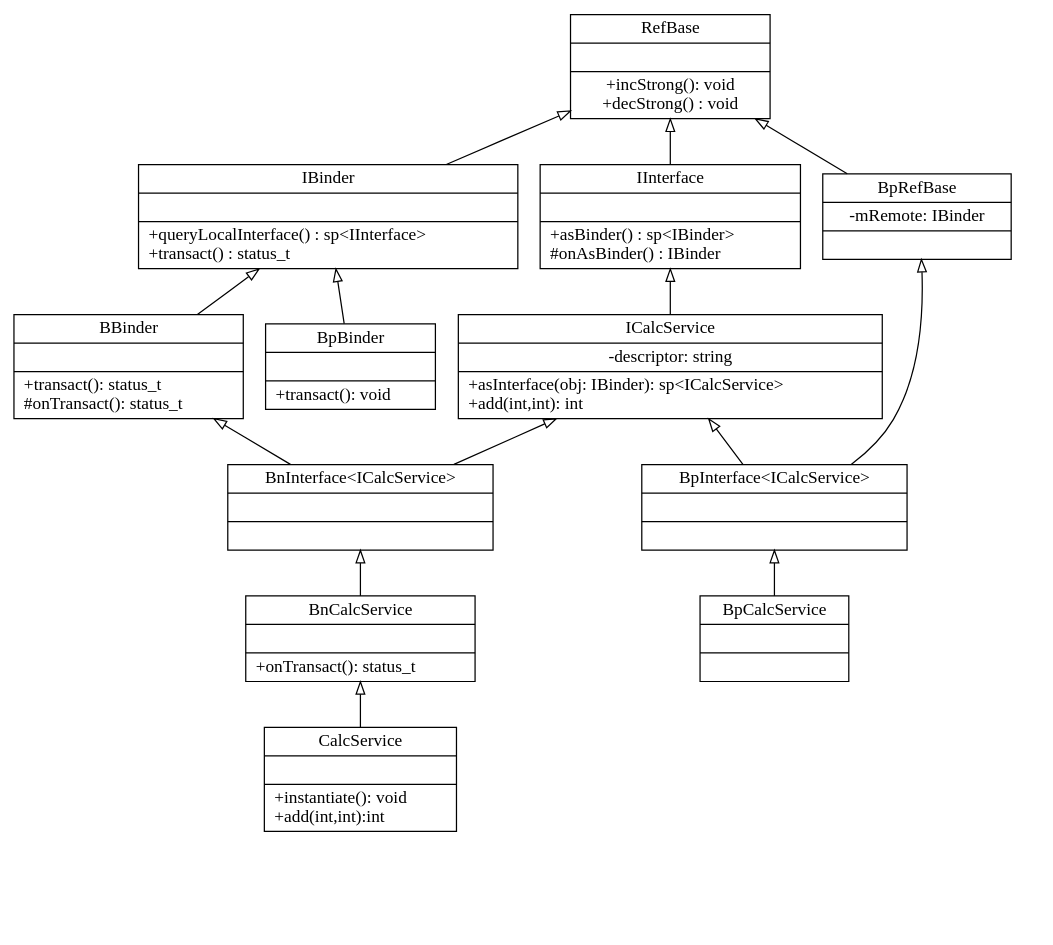
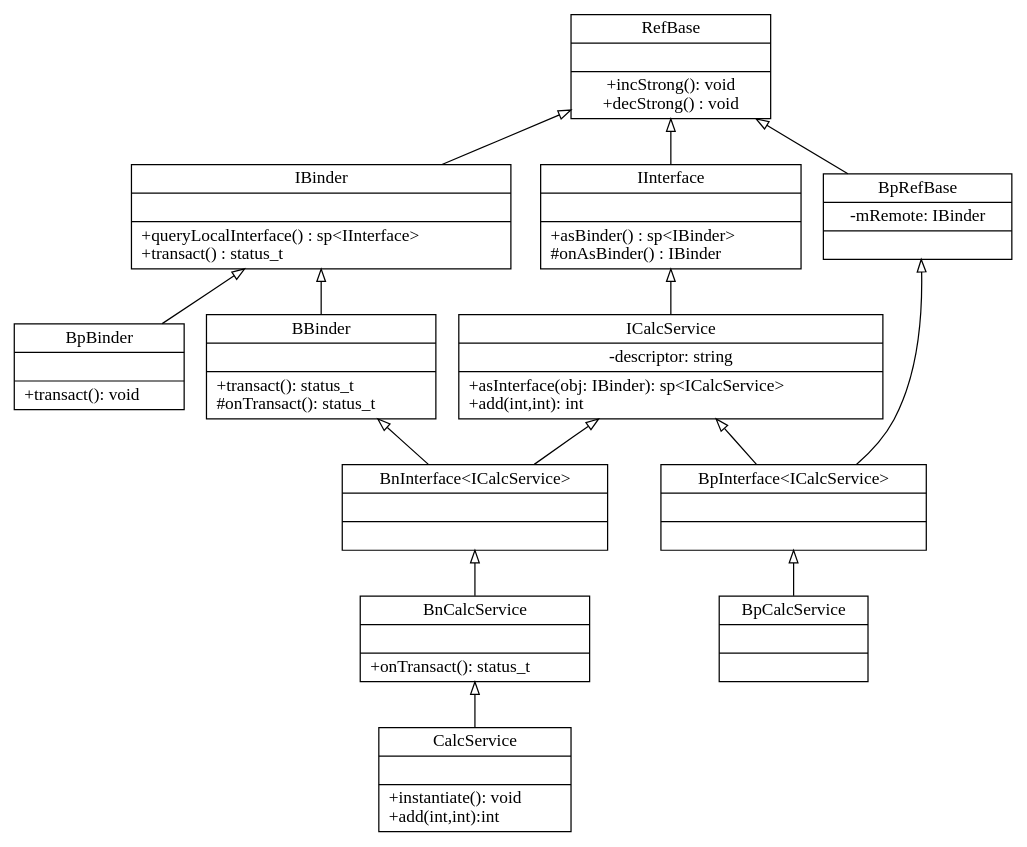
Before and after one commit to greatgauss/graphviz_script: the diagram in CalcService.dot, drawn with Graphviz.

Commit message:
Change CalcService.dot: Remove rank keywords

```diff
--- a/CalcService.dot
+++ b/CalcService.dot
@@ -1,46 +1,36 @@
 digraph g {
+	rankdir=BT;
     node[shape=record]
     edge[arrowhead=onormal]
     
     RefBase [label = "{RefBase|| +incStrong(): void\n +decStrong() : void}"];
 
+    IInterface [label = "{IInterface|| +asBinder() : sp\<IBinder\>\l #onAsBinder() : IBinder\l}"];
     IBinder [label = "{IBinder|| +queryLocalInterface() : sp\<IInterface\>\l +transact() : status_t\l}"];
-    IInterface [label = "{IInterface|| +asBinder() : sp\<IBinder\>\l #onAsBinder() : IBinder\l}"];
     BpRefBase [label = "{BpRefBase|-mRemote: IBinder|}"];
     IBinder -> RefBase;
     IInterface -> RefBase;
     BpRefBase -> RefBase;
 
     BBinder [label = "{BBinder|| +transact(): status_t\l#onTransact(): status_t\l}"];
     BpBinder [label = "{BpBinder|| +transact(): void\l}"];
     ICalcService [label = "{ICalcService|-descriptor: string|+asInterface(obj: IBinder): sp\<ICalcService\>\l+add(int,int): int\l}"];
     BpBinder->IBinder;
     BBinder -> IBinder;
     ICalcService -> IInterface;
 
     BnInterface [label = "{BnInterface\<ICalcService\>||}"];
     BpInterface [label = "{BpInterface\<ICalcService\>||}"];
     BnInterface -> BBinder;
     BnInterface -> ICalcService;
     BpInterface -> ICalcService;
     BpInterface -> BpRefBase;
     
     BnCalcService [label = "{BnCalcService||+onTransact(): status_t\l}"];
     BpCalcService [label = "{BpCalcService||}"];
     BnCalcService -> BnInterface;
     BpCalcService -> BpInterface;
         
     CalcService [label = "{CalcService||+instantiate(): void\l+add(int,int):int\l}"];
     CalcService -> BnCalcService; 
-
-	subgraph control {
-	    node [shape=point,style=invis]
-	    a -> b ->c -> d -> e -> f ->g -> h[style=invis];
-	    {rank = same; a RefBase}
-	    {rank = same; b IBinder IInterface BpRefBase}
-	    {rank = same; c BBinder BpBinder ICalcService}
-	    {rank = same; d BnInterface BpInterface}
-	    {rank = same; e BnCalcService BpCalcService}
-	    {rank = same; f CalcService}
-	}
 }
```
